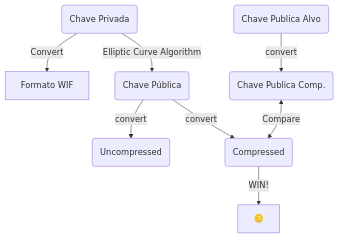
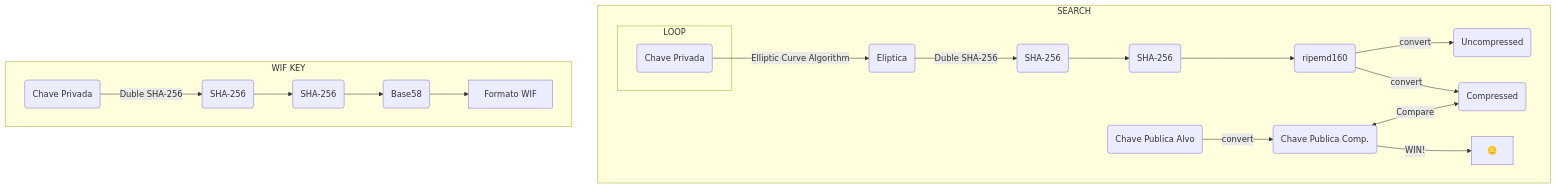
Before and after one commit to EliasJuk/BitHunter: the diagram in README.md, drawn with Mermaid.

````diff
--- a/README.md
+++ b/README.md
@@ -9,13 +9,28 @@
 ```mermaid
 flowchart TD
-	PrivateKey(Chave Privada)
-	
-	PrivateKey -->|Convert| WIF[Formato WIF]
-	PrivateKey -->|Elliptic Curve Algorithm| PublicKey(Chave Pública)
-	PublicKey --> |convert| uncompressed(Uncompressed)
-	PublicKey --> |convert| compressed(Compressed)
-	
-	PublicKeyTarget(Chave Publica Alvo) --> |convert| compressed2(Compressed)
-	compressed2(Chave Publica Comp.) <--> |Compare| compressed
-	compressed --> |WIN!| Value[🪙] 
+	subgraph 1[WIF KEY]
+		PrivateKey1(Chave Privada)
+		PrivateKey1 --> |Duble SHA-256| SHA-256-1A(SHA-256)
+		SHA-256-1A --> SHA-256-2B(SHA-256)
+		SHA-256-2B --> Base58(Base58)
+		Base58 --> WIF[Formato WIF]
+	end
+
+	subgraph 2[SEARCH]
+
+		subgraph 3[LOOP]
+			PrivateKey2(Chave Privada)
+		end
+		PrivateKey2 -->|Elliptic Curve Algorithm| CurvaEliptica(Eliptica)
+		CurvaEliptica -->|Duble SHA-256| SHA-256-1(SHA-256)
+		SHA-256-1 --> SHA-256-2(SHA-256)
+		SHA-256-2 --> ripemd160(ripemd160)
+
+		ripemd160 --> |convert| uncompressed(Uncompressed)
+		ripemd160 --> |convert| compressed(Compressed)
+		
+		PublicKeyTarget(Chave Publica Alvo) --> |convert| compressed2(Compressed)
+		compressed2(Chave Publica Comp.) <--> |Compare| compressed
+		compressed2 --> |WIN!| Value[🪙]
+	end
 ```
````
